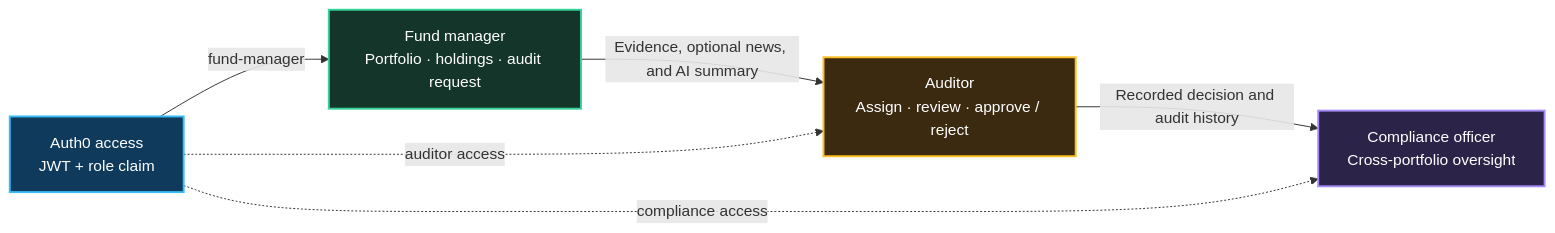
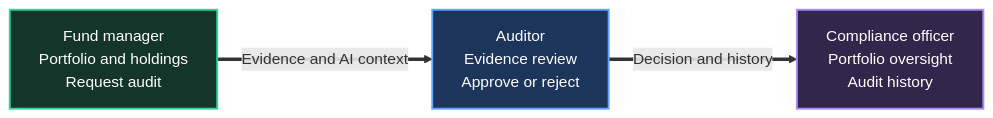
The diagram in README.md (Scampoloni/TrueYield), drawn with Mermaid before and after one commit. The commit also changed other lines of this file, not shown here.

Commit message:
Refine workflow visual for README

````diff
--- a/README.md
+++ b/README.md
@@ -33,22 +35,16 @@
 ```mermaid
 flowchart LR
-    Auth["Auth0 access<br/>JWT + role claim"]
-    FM["Fund manager<br/>Portfolio · holdings · audit request"]
-    AU["Auditor<br/>Assign · review · approve / reject"]
-    CO["Compliance officer<br/>Cross-portfolio oversight"]
+    FM["Fund manager<br/>Portfolio and holdings<br/>Request audit"]
+    AU["Auditor<br/>Evidence review<br/>Approve or reject"]
+    CO["Compliance officer<br/>Portfolio oversight<br/>Audit history"]
 
-    Auth -->|"fund-manager"| FM
-    FM -->|"Evidence, optional news, and AI summary"| AU
-    AU -->|"Recorded decision and audit history"| CO
-    Auth -. "auditor access" .-> AU
-    Auth -. "compliance access" .-> CO
+    FM ==>|"Evidence and AI context"| AU
+    AU ==>|"Decision and history"| CO
 
-    classDef access fill:#0f3a5c,stroke:#38bdf8,color:#ffffff,stroke-width:2px
     classDef fund fill:#143529,stroke:#34d399,color:#ffffff,stroke-width:2px
-    classDef audit fill:#3c2a10,stroke:#fbbf24,color:#ffffff,stroke-width:2px
-    classDef compliance fill:#2c2448,stroke:#a78bfa,color:#ffffff,stroke-width:2px
-    class Auth access
+    classDef audit fill:#1e355b,stroke:#60a5fa,color:#ffffff,stroke-width:2px
+    classDef compliance fill:#34254d,stroke:#a78bfa,color:#ffffff,stroke-width:2px
     class FM fund
     class AU audit
     class CO compliance
 ```
````
